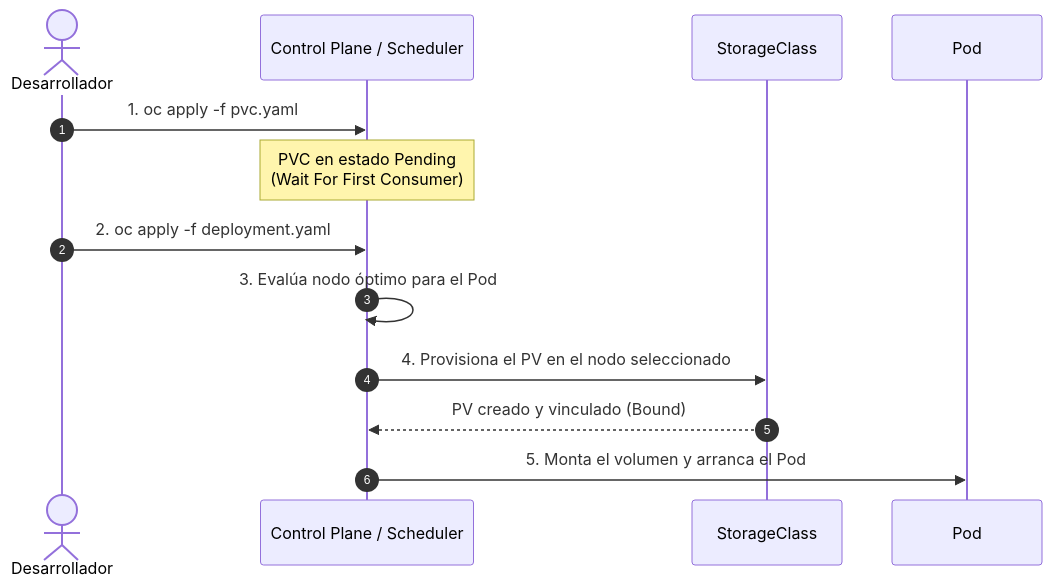
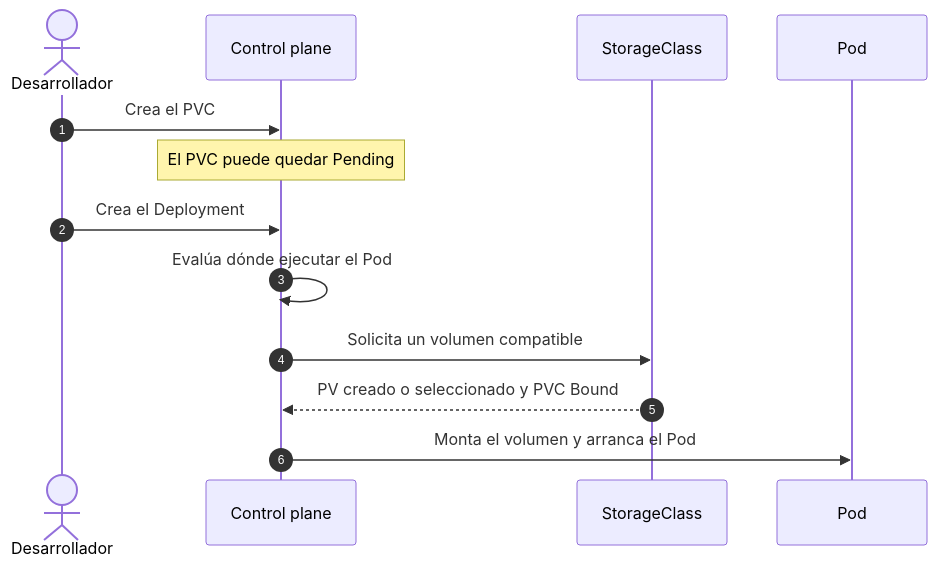
The third of 3 diagrams in docs/sesion2/2.5 Almacenamiento Persistente.md (ieftraining/curso-openshift), drawn with Mermaid before and after one commit. The commit also changed other lines of this file, not shown here.

````diff
--- a/docs/sesion2/2.5 Almacenamiento Persistente.md
+++ b/docs/sesion2/2.5 Almacenamiento Persistente.md
@@ -199,16 +217,16 @@
 ```mermaid
 sequenceDiagram
     autonumber
     actor Dev as Desarrollador
-    participant K8s as Control Plane / Scheduler
+    participant K8s as Control plane
     participant SC as StorageClass
     participant Pod as Pod
 
-    Dev->>K8s: 1. oc apply -f pvc.yaml
-    Note over K8s: PVC en estado Pending<br/>(Wait For First Consumer)
-    Dev->>K8s: 2. oc apply -f deployment.yaml
-    K8s->>K8s: 3. Evalúa nodo óptimo para el Pod
-    K8s->>SC: 4. Provisiona el PV en el nodo seleccionado
-    SC-->>K8s: PV creado y vinculado (Bound)
-    K8s->>Pod: 5. Monta el volumen y arranca el Pod
+    Dev->>K8s: Crea el PVC
+    Note over K8s: El PVC puede quedar Pending
+    Dev->>K8s: Crea el Deployment
+    K8s->>K8s: Evalúa dónde ejecutar el Pod
+    K8s->>SC: Solicita un volumen compatible
+    SC-->>K8s: PV creado o seleccionado y PVC Bound
+    K8s->>Pod: Monta el volumen y arranca el Pod
 ```
````
